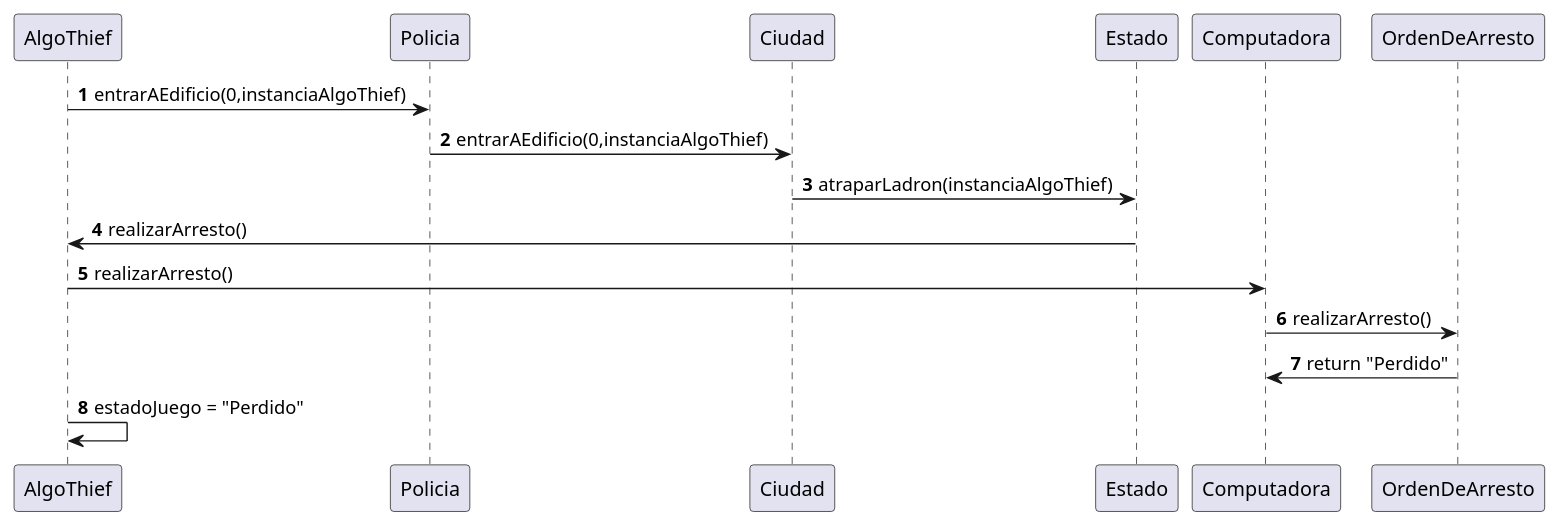
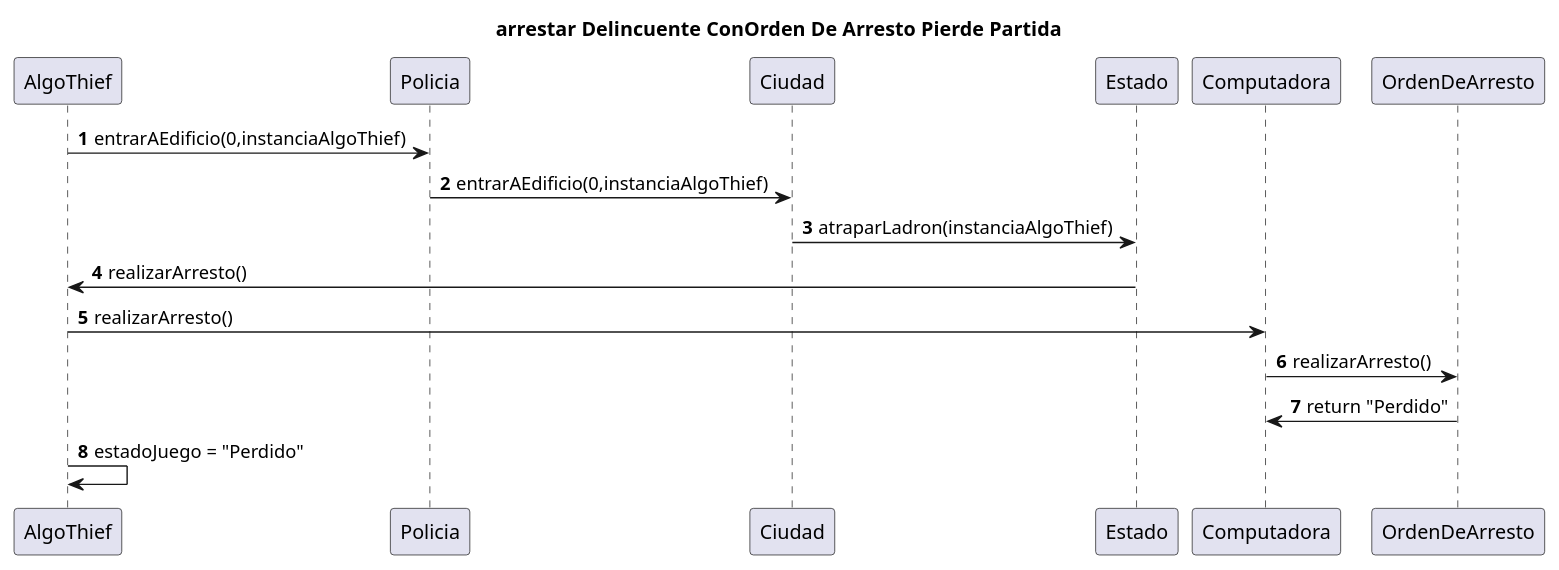
One commit to Fanusaez/TP2_algo3_algothief changed the diagram in Entrega2/Caso de uso 4.puml. Above: the diagram before and after it, drawn with PlantUML. The commit also changed 5 other files, not shown here.

First line of the commit message:
Diagrama de clases completo.

```diff
--- a/Entrega2/Caso de uso 4.puml
+++ b/Entrega2/Caso de uso 4.puml
@@ -1,18 +1,19 @@
 @startuml
 'https://plantuml.com/sequence-diagram
 
 autonumber
+title : arrestar Delincuente ConOrden De Arresto Pierde Partida
 AlgoThief -> Policia: entrarAEdificio(0,instanciaAlgoThief)
 Policia -> Ciudad: entrarAEdificio(0,instanciaAlgoThief)
 Ciudad -> Estado: atraparLadron(instanciaAlgoThief)
 Estado -> AlgoThief: realizarArresto()
 AlgoThief -> Computadora: realizarArresto()
 Computadora -> OrdenDeArresto: realizarArresto()
 OrdenDeArresto -> Computadora: return "Perdido"
 AlgoThief -> AlgoThief: estadoJuego = "Perdido"
 /'Ciudad -> Estado: entrarAEdificio
 Estado -> Ciudad:  return "Estas cerca de atraparlo, ten cuidado!"
 Ciudad -> Policia: return "Estas cerca de atraparlo, ten cuidado!"
 Policia -> AlgoThief: return "Estas cerca de atraparlo, ten cuidado!"
 AlgoThief -> TestCase: return "Estas cerca de atraparlo, ten cuidado!"'/
 @enduml
```
